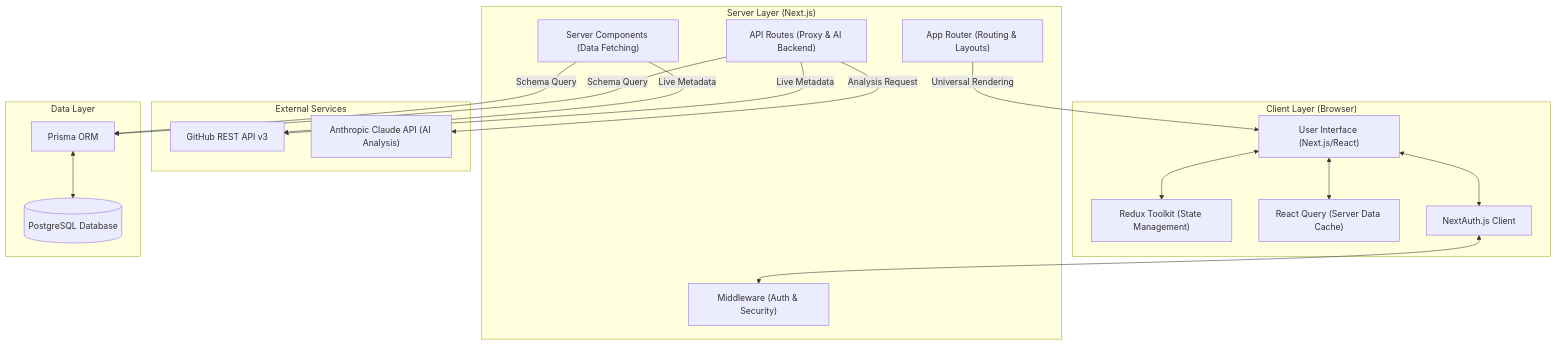
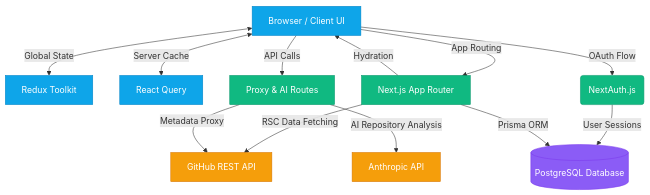
The diagram in README.md (AshishLekhyani/GitScope), drawn with Mermaid before and after one commit. The commit also changed other lines of this file, not shown here.

Commit message:
fix:final readme architecture fix.

````diff
--- a/README.md
+++ b/README.md
@@ -94,38 +94,40 @@
 ```mermaid
-graph TB
-    subgraph Client ["Client Layer (Browser)"]
-        UI["User Interface (Next.js/React)"]
-        RTK["Redux Toolkit (State Management)"]
-        RQ["React Query (Server Data Cache)"]
-        AUTH_C["NextAuth.js Client"]
-    end
+graph TD
+    %% Styling
+    classDef client fill:#0ea5e9,color:#fff,stroke:#0284c7
+    classDef server fill:#10b981,color:#fff,stroke:#059669
+    classDef external fill:#f59e0b,color:#fff,stroke:#d97706
+    classDef data fill:#8b5cf6,color:#fff,stroke:#7c3aed
 
-    subgraph Server ["Server Layer (Next.js)"]
-        ROUTER["App Router (Routing & Layouts)"]
-        RSC["Server Components (Data Fetching)"]
-        API["API Routes (Proxy & AI Backend)"]
-        MID["Middleware (Auth & Security)"]
-    end
+    %% Nodes
+    CLIENT[Browser / Client UI]:::client
+    RTK[Redux Toolkit]:::client
+    RQ[React Query]:::client
+    
+    APP[Next.js App Router]:::server
+    API[Proxy & AI Routes]:::server
+    AUTH(NextAuth.js):::server
+    
+    GH[GitHub REST API]:::external
+    AI[Anthropic API]:::external
+    
+    DB[(PostgreSQL Database)]:::data
 
-    subgraph External ["External Services"]
-        GH["GitHub REST API v3"]
-        ANT["Anthropic Claude API (AI Analysis)"]
-    end
-
-    subgraph Data ["Data Layer"]
-        PRISMA["Prisma ORM"]
-        POSTGRES[(PostgreSQL Database)]
-    end
-
-    UI <--> RTK
-    UI <--> RQ
-    UI <--> AUTH_C
-    AUTH_C <--> MID
-    RSC -->|Live Metadata| GH
-    API -->|Live Metadata| GH
-    API -->|Analysis Request| ANT
-    RSC -->|Schema Query| PRISMA
-    API -->|Schema Query| PRISMA
-    PRISMA <--> POSTGRES
-    ROUTER -->|Universal Rendering| UI
+    %% Edges
+    CLIENT <-->|Global State| RTK
+    CLIENT <-->|Server Cache| RQ
+    
+    CLIENT -->|App Routing| APP
+    CLIENT -->|API Calls| API
+    CLIENT -->|OAuth Flow| AUTH
+    
+    AUTH -->|User Sessions| DB
+    
+    APP -->|RSC Data Fetching| GH
+    APP -->|Prisma ORM| DB
+    
+    API -->|Metadata Proxy| GH
+    API -->|AI Repository Analysis| AI
+    
+    APP -->|Hydration| CLIENT
 ```
````
